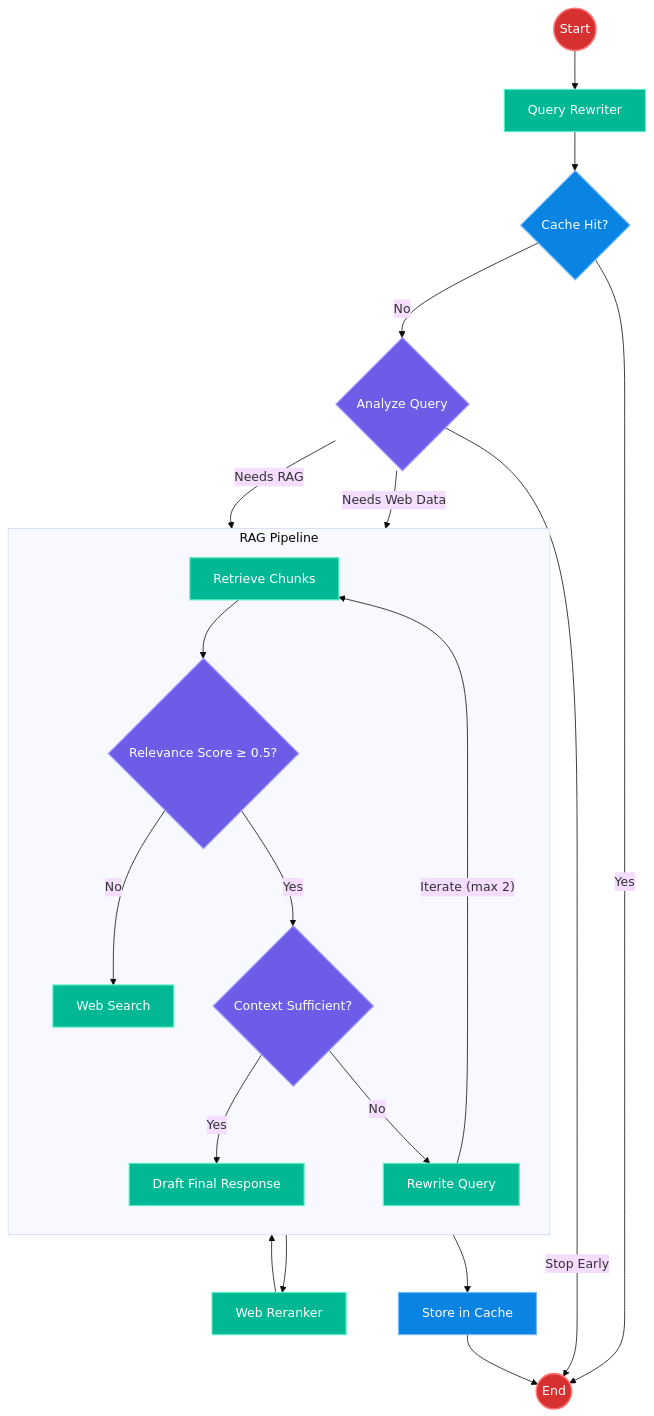
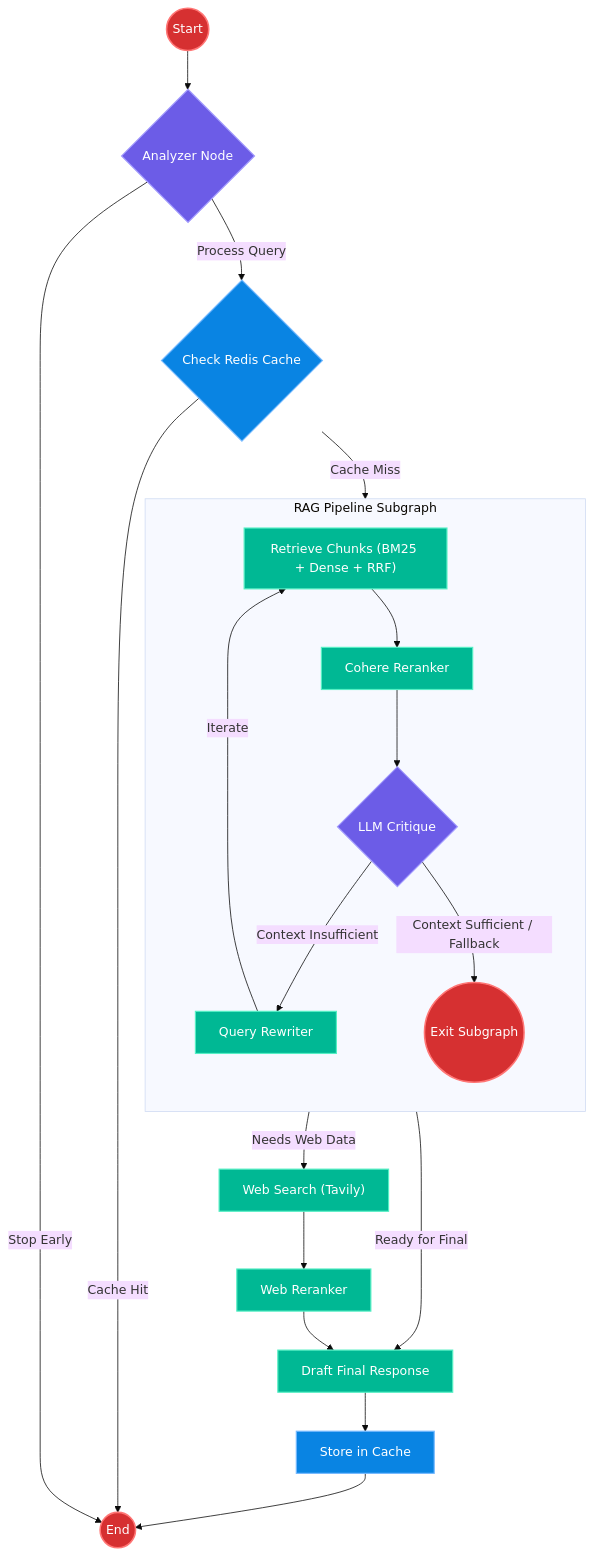
The diagram in README.md (ashwath-tech/Open-Source-Agent), drawn with Mermaid (base theme) before and after one commit. The commit also changed other lines of this file and 17 other files, not shown here.

````diff
--- a/README.md
+++ b/README.md
@@ -11,60 +16,53 @@
 ```mermaid
 flowchart TD
     %% ===== Styling =====
     classDef process fill:#00b894,color:#ffffff,stroke:#55efc4,stroke-width:1.5px;
     classDef decision fill:#6c5ce7,color:#ffffff,stroke:#a29bfe,stroke-width:1.5px;
     classDef cache fill:#0984e3,color:#ffffff,stroke:#74b9ff,stroke-width:1.5px;
     classDef endpoint fill:#d63031,color:#ffffff,stroke:#ff7675,stroke-width:2px;
-    classDef loop stroke:#ff7675,stroke-width:2px,stroke-dasharray: 5 5;
 
     %% ===== Main Flow =====
     Start((Start)):::endpoint
     End((End)):::endpoint
 
-    QueryRewriter["Query Rewriter"]:::process
-    CacheCheck{"Cache Hit?"}:::cache
-    Analyzer{"Analyze Query"}:::decision
+    Analyzer{"Analyzer Node"}:::decision
+    CheckCache{"Check Redis Cache"}:::cache
+    StoreCache["Store in Cache"]:::cache
 
-    WebSearch["Web Search"]:::process
+    WebSearch["Web Search (Tavily)"]:::process
     WebRerank["Web Reranker"]:::process
-
     Final["Draft Final Response"]:::process
-    CacheStore["Store in Cache"]:::cache
 
     %% ===== Main Routing =====
-    Start --> QueryRewriter
-    QueryRewriter --> CacheCheck
+    Start --> Analyzer
+    Analyzer -- "Stop Early" --> End
+    Analyzer -- "Process Query" --> CheckCache
 
-    CacheCheck -- Yes --> End
-    CacheCheck -- No --> Analyzer
-
-    Analyzer -- "Stop Early" --> End
-    Analyzer -- "Needs Web Data" --> WebSearch
-    Analyzer -- "Needs RAG" --> GetChunks
-
-    %% ===== Web Pipeline =====
-    WebSearch --> WebRerank --> Final
+    CheckCache -- "Cache Hit" --> End
+    CheckCache -- "Cache Miss" --> RAG_Pipeline
 
     %% ===== RAG Subgraph =====
-    subgraph RAG_Pipeline ["RAG Pipeline"]
+    subgraph RAG_Pipeline ["RAG Pipeline Subgraph"]
         direction TB
 
-        GetChunks["Retrieve Chunks"]:::process
-        Rerank{"Relevance Score ≥ 0.5?"}:::decision
-        Critique{"Context Sufficient?"}:::decision
-        Rewrite["Rewrite Query"]:::process
+        GetChunks["Retrieve Chunks (BM25 + Dense + RRF)"]:::process
+        Reranker["Cohere Reranker"]:::process
+        Critique{"LLM Critique"}:::decision
+        Rewriter["Query Rewriter"]:::process
 
-        GetChunks --> Rerank
-
-        Rerank -- Yes --> Critique
-        Rerank -- No --> WebSearch
-
-        Critique -- Yes --> Final
-        Critique -- No --> Rewrite
-
-        Rewrite -->|"Iterate (max 2)"| GetChunks
+        GetChunks --> Reranker --> Critique
+        
+        Critique -- "Context Insufficient" --> Rewriter
+        Rewriter -->|"Iterate"| GetChunks
+        
+        Critique -- "Context Sufficient / Fallback" --> SubgraphExit((Exit Subgraph)):::endpoint
     end
 
-    %% ===== Finalization =====
-    Final --> CacheStore --> End
+    %% ===== Post-RAG Routing =====
+    RAG_Pipeline -- "Needs Web Data" --> WebSearch
+    RAG_Pipeline -- "Ready for Final" --> Final
+
+    %% ===== Web & Finalization =====
+    WebSearch --> WebRerank --> Final
+    Final --> StoreCache --> End
 ```
````
